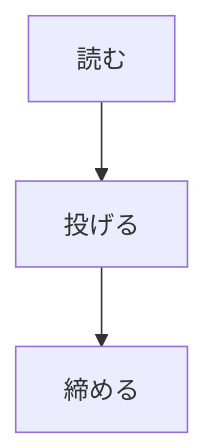
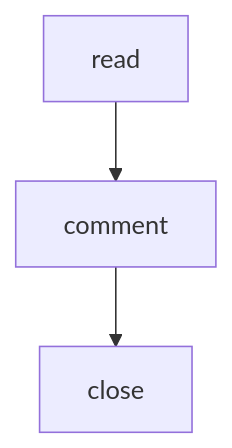
Before and after one commit to TakashiAihara/akapen: the first of 2 diagrams in tests/e2e/fixture.md, drawn with Mermaid. The commit also changed other lines of this file and 1 other file, not shown here.

````diff
--- a/tests/e2e/fixture.md
+++ b/tests/e2e/fixture.md
@@ -39,5 +39,5 @@
 ```mermaid
 graph TD
-  A[読む] --> B[投げる]
-  B --> C[締める]
+  A[read] --> B[comment]
+  B --> C[close]
 ```
````
